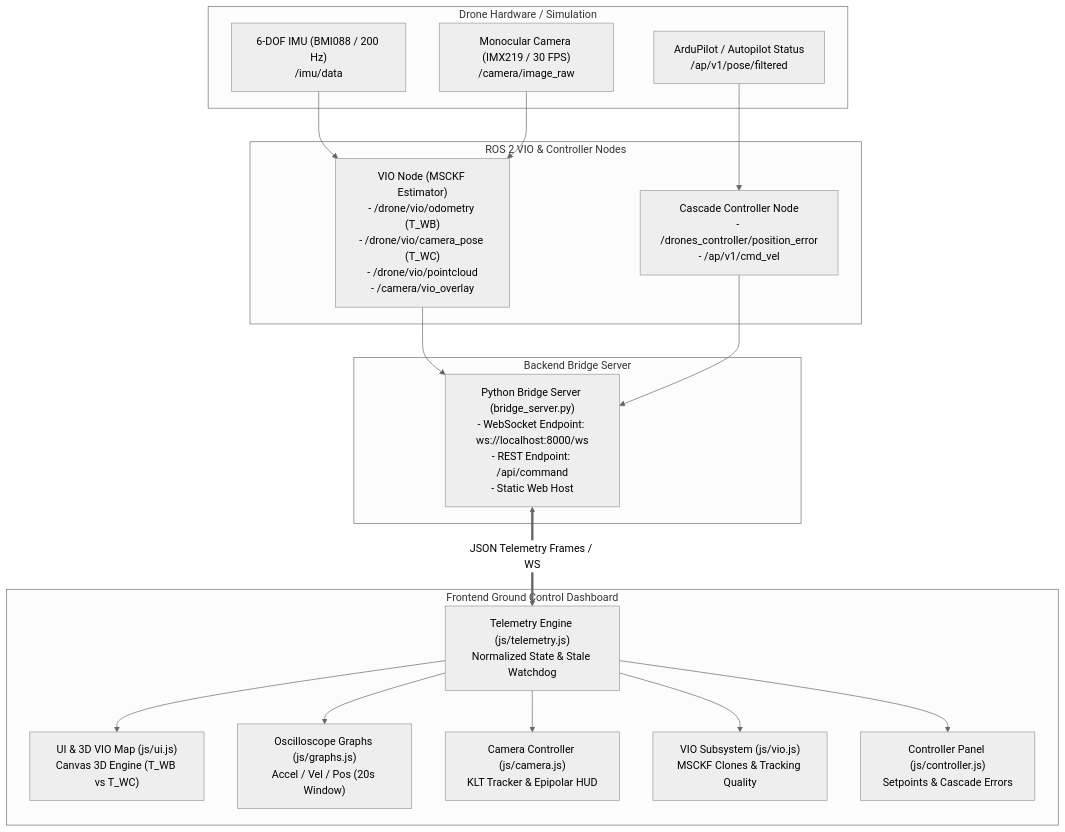
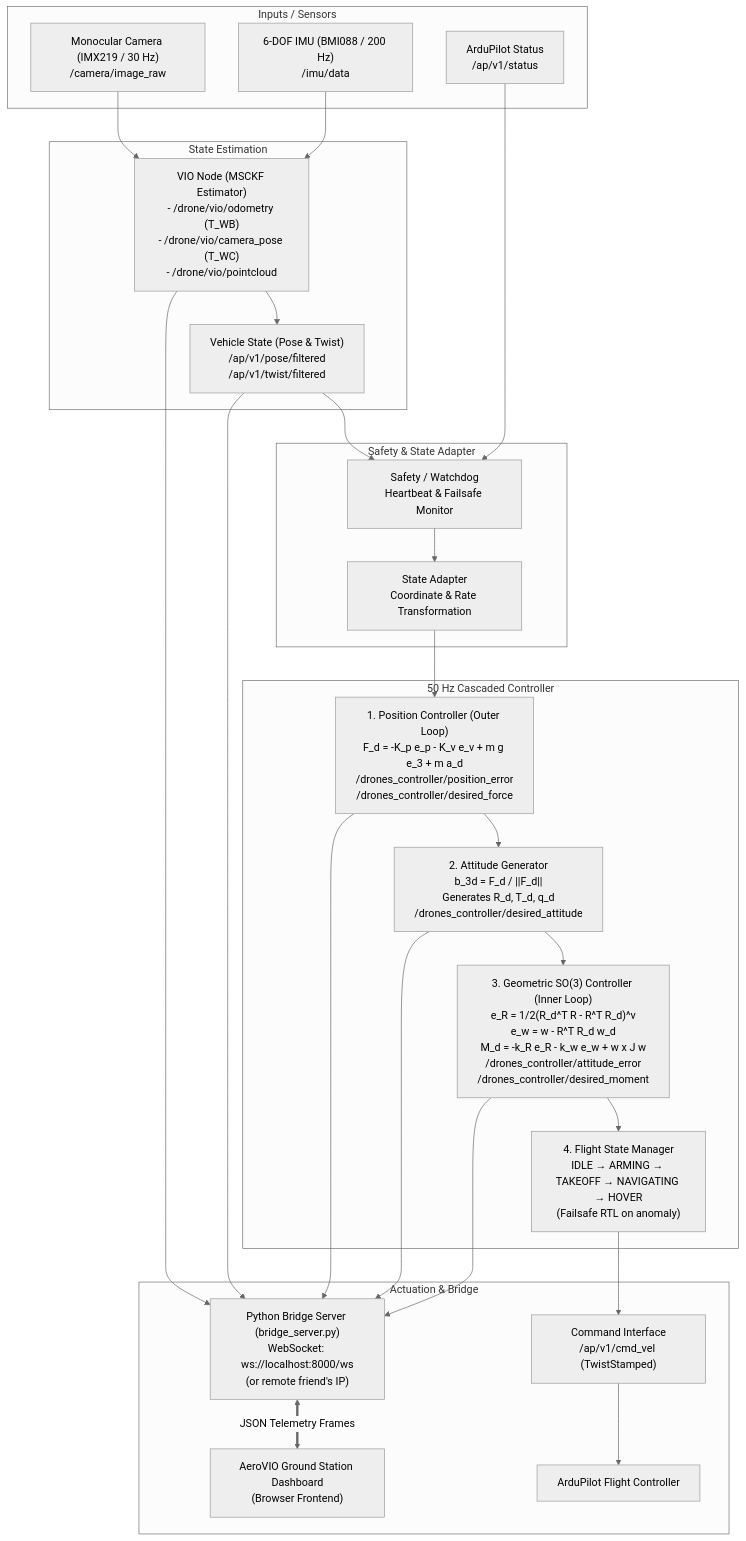
Before and after one commit to iamakhilan/Drones-Dashboard: the diagram in README.md, drawn with Mermaid (neutral theme). The commit also changed other lines of this file and 4 other files, not shown here.

Commit message:
Align dashboard frontend with actual 50 Hz cascaded SO(3) controller architecture, FSM progression, and topic interfaces from drones-controller branch

````diff
--- a/README.md
+++ b/README.md
@@ -21,38 +23,52 @@
 ```mermaid
 flowchart TD
-    subgraph Drone Hardware / Simulation
+    subgraph Inputs / Sensors
+        CAM["Monocular Camera (IMX219 / 30 Hz)\n/camera/image_raw"]
         IMU["6-DOF IMU (BMI088 / 200 Hz)\n/imu/data"]
-        CAM["Monocular Camera (IMX219 / 30 FPS)\n/camera/image_raw"]
-        AP["ArduPilot / Autopilot Status\n/ap/v1/pose/filtered"]
+        AP_STATUS["ArduPilot Status\n/ap/v1/status"]
     end
 
-    subgraph ROS 2 VIO & Controller Nodes
-        VIO["VIO Node (MSCKF Estimator)\n- /drone/vio/odometry (T_WB)\n- /drone/vio/camera_pose (T_WC)\n- /drone/vio/pointcloud\n- /camera/vio_overlay"]
-        CTRL["Cascade Controller Node\n- /drones_controller/position_error\n- /ap/v1/cmd_vel"]
+    subgraph State Estimation
+        VIO["VIO Node (MSCKF Estimator)\n- /drone/vio/odometry (T_WB)\n- /drone/vio/camera_pose (T_WC)\n- /drone/vio/pointcloud"]
+        EST["Vehicle State (Pose & Twist)\n/ap/v1/pose/filtered\n/ap/v1/twist/filtered"]
     end
 
-    subgraph Backend Bridge Server
-        BRIDGE["Python Bridge Server (bridge_server.py)\n- WebSocket Endpoint: ws://localhost:8000/ws\n- REST Endpoint: /api/command\n- Static Web Host"]
+    subgraph Safety & State Adapter
+        WATCHDOG["Safety / Watchdog\nHeartbeat & Failsafe Monitor"]
+        ADAPTER["State Adapter\nCoordinate & Rate Transformation"]
     end
 
-    subgraph Frontend Ground Control Dashboard
-        TEL["Telemetry Engine (js/telemetry.js)\nNormalized State & Stale Watchdog"]
-        UI["UI & 3D VIO Map (js/ui.js)\nCanvas 3D Engine (T_WB vs T_WC)"]
-        GRAPHS["Oscilloscope Graphs (js/graphs.js)\nAccel / Vel / Pos (20s Window)"]
-        CAM_VIEW["Camera Controller (js/camera.js)\nKLT Tracker & Epipolar HUD"]
-        VIO_VIEW["VIO Subsystem (js/vio.js)\nMSCKF Clones & Tracking Quality"]
-        CTRL_VIEW["Controller Panel (js/controller.js)\nSetpoints & Cascade Errors"]
+    subgraph 50 Hz Cascaded Controller
+        POS_CTRL["1. Position Controller (Outer Loop)\nF_d = -K_p e_p - K_v e_v + m g e_3 + m a_d\n/drones_controller/position_error\n/drones_controller/desired_force"]
+        ATT_GEN["2. Attitude Generator\nb_3d = F_d / ||F_d||\nGenerates R_d, T_d, q_d\n/drones_controller/desired_attitude"]
+        SO3_CTRL["3. Geometric SO(3) Controller (Inner Loop)\ne_R = 1/2(R_d^T R - R^T R_d)^v\ne_w = w - R^T R_d w_d\nM_d = -k_R e_R - k_w e_w + w x J w\n/drones_controller/attitude_error\n/drones_controller/desired_moment"]
+        FSM["4. Flight State Manager\nIDLE → ARMING → TAKEOFF → NAVIGATING → HOVER\n(Failsafe RTL on anomaly)"]
     end
 
+    subgraph Actuation & Bridge
+        CMD["Command Interface\n/ap/v1/cmd_vel (TwistStamped)"]
+        AP_EXEC["ArduPilot Flight Controller"]
+        BRIDGE["Python Bridge Server (bridge_server.py)\nWebSocket: ws://localhost:8000/ws\n(or remote friend's IP)"]
+        DASH["AeroVIO Ground Station Dashboard\n(Browser Frontend)"]
+    end
+
+    CAM --> VIO
     IMU --> VIO
-    CAM --> VIO
-    AP --> CTRL
+    VIO --> EST
+    EST --> WATCHDOG
+    AP_STATUS --> WATCHDOG
+    WATCHDOG --> ADAPTER
+    ADAPTER --> POS_CTRL
+    POS_CTRL --> ATT_GEN
+    ATT_GEN --> SO3_CTRL
+    SO3_CTRL --> FSM
+    FSM --> CMD
+    CMD --> AP_EXEC
+
+    EST --> BRIDGE
+    POS_CTRL --> BRIDGE
+    ATT_GEN --> BRIDGE
+    SO3_CTRL --> BRIDGE
     VIO --> BRIDGE
-    CTRL --> BRIDGE
-    BRIDGE <==>|JSON Telemetry Frames / WS| TEL
-    TEL --> UI
-    TEL --> GRAPHS
-    TEL --> CAM_VIEW
-    TEL --> VIO_VIEW
-    TEL --> CTRL_VIEW
+    BRIDGE <==>|JSON Telemetry Frames| DASH
 ```
````
